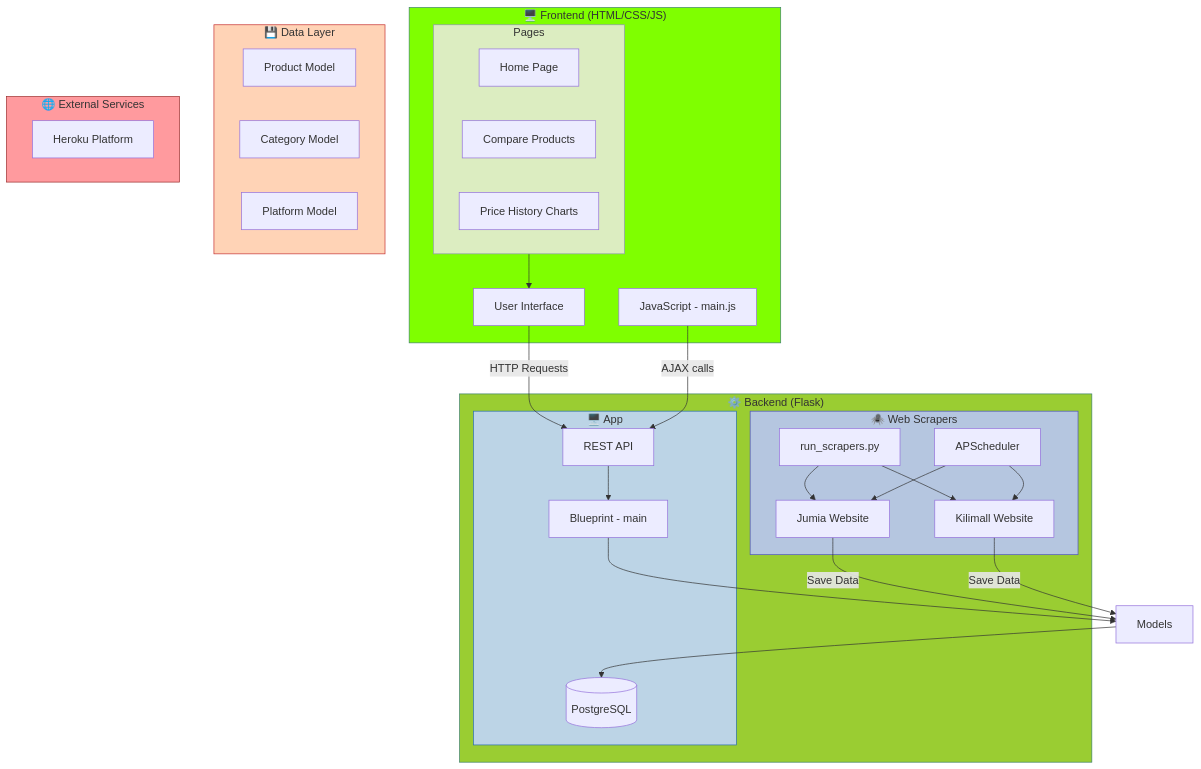
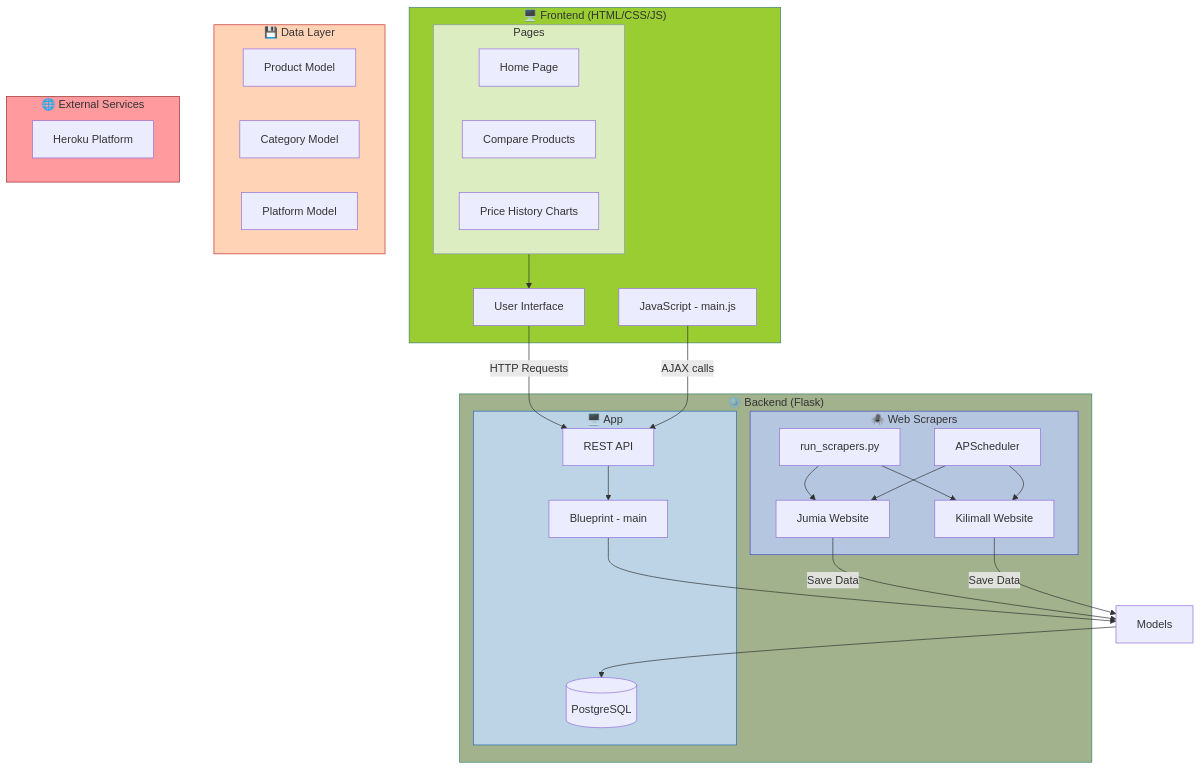
The first of 2 diagrams in doc/architecture.md (wawi-m/wpp-price_tracker), drawn with Mermaid before and after one commit.

Commit message:
docs: update color fill

````diff
--- a/doc/architecture.md
+++ b/doc/architecture.md
@@ -7,60 +7,60 @@
 ```mermaid
 graph TB
     subgraph Frontend ["🖥️ Frontend (HTML/CSS/JS)"]
-        style Frontend fill:#7FFF00,stroke:#3d8168
+        style Frontend fill:#9ACD32,stroke:#3d8168
         UI[User Interface]
         subgraph Pages[Pages]
             style Pages fill:#dcedc1,stroke:#8a9aa9
             HP[Home Page]
             CP[Compare Products]
             PH[Price History Charts]
         end
         JS[JavaScript - main.js]
     end
 
     subgraph Backend ["⚙️ Backend (Flask)"]
-        style Backend fill:#9ACD32,stroke:#3d8168
+        style Backend fill:#a1b28d,stroke:#3d8168
         subgraph App["🖥️ App"]
         style App fill:#bcd4e6,stroke:#2b6cb0
         API[REST API]
         BP[Blueprint - main]
         DB[(PostgreSQL)]
         end     
 
         subgraph Scrapers ["🕷️ Web Scrapers"]
             style Scrapers fill:#b5c6e0,stroke:#4c51bf
             Jumia[Jumia Scraper]
             Kilimall[Kilimall Scraper]
             RunScrapers[run_scrapers.py]
             Scheduler[APScheduler]
         end
     end
 
     subgraph Data ["💾 Data Layer"]
         style Data fill:#ffd3b6,stroke:#c53030
         PM[Product Model]
         CM[Category Model]
         PLM[Platform Model]
     end
 
     subgraph ExternalServices ["🌐 External Services"]
         style ExternalServices fill:#ff9a9e,stroke:#9b2c2c
         Jumia[Jumia Website]
         Kilimall[Kilimall Website]
         Heroku[Heroku Platform]
     end
 
 
     Pages --> UI
     UI --> |HTTP Requests| API
     JS --> |AJAX calls| API
     API --> BP
     BP --> Models
     Models --> DB
     RunScrapers --> Jumia
     RunScrapers --> Kilimall
     Scheduler --> Jumia
     Scheduler --> Kilimall
     Jumia --> |Save Data| Models
     Kilimall --> |Save Data| Models
 ```
````
